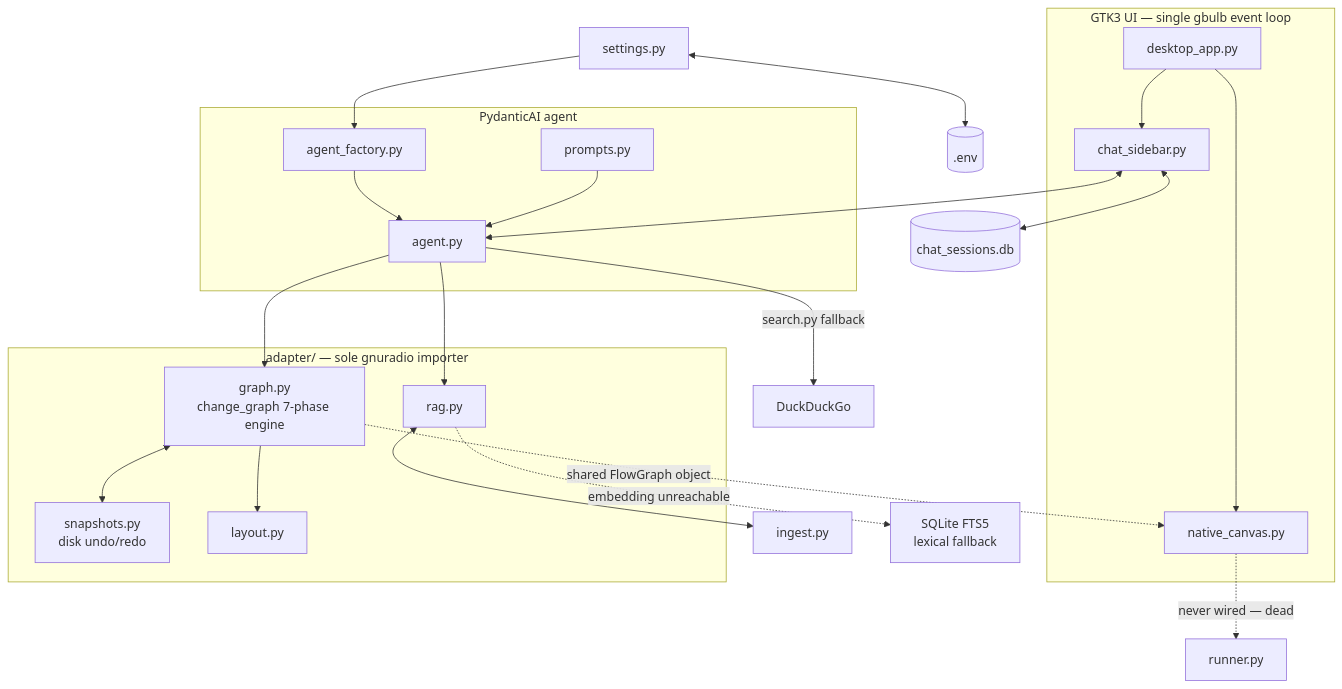
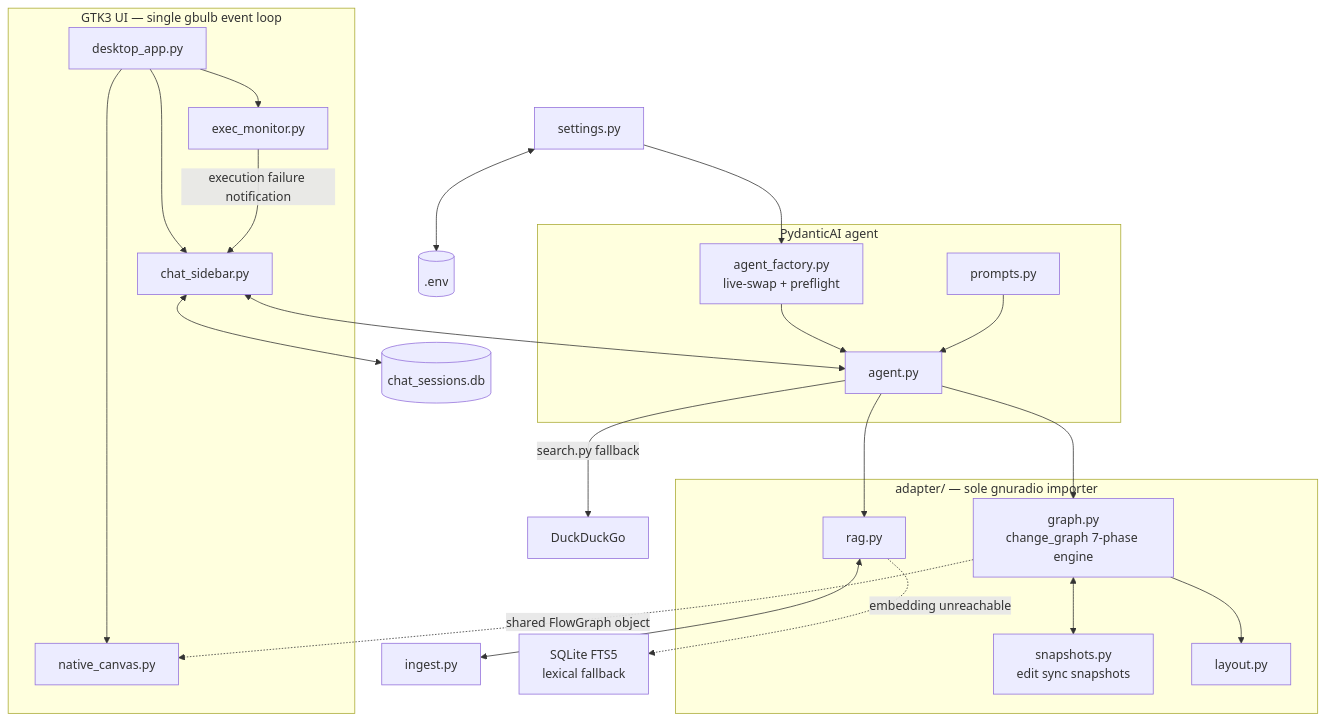
One commit to qoherent/GRC-Agent changed the diagram in README.md. Above: the diagram before and after it, drawn with Mermaid. The commit also changed other lines of this file and 45 other files, not shown here.

````diff
--- a/README.md
+++ b/README.md
@@ -27,36 +27,38 @@
 ```mermaid
 flowchart TB
   subgraph UI["GTK3 UI — single gbulb event loop"]
     DA["desktop_app.py"]
     CS["chat_sidebar.py"]
     NC["native_canvas.py"]
+    EM["exec_monitor.py"]
   end
   subgraph AGT["PydanticAI agent"]
-    AF["agent_factory.py"]
+    AF["agent_factory.py<br/>live-swap + preflight"]
     AG["agent.py"]
     PR["prompts.py"]
   end
   subgraph ADP["adapter/ — sole gnuradio importer"]
     GR["graph.py<br/>change_graph 7-phase engine"]
-    SN["snapshots.py<br/>disk undo/redo"]
+    SN["snapshots.py<br/>edit sync snapshots"]
     LY["layout.py"]
     RG["rag.py"]
   end
   ST["settings.py"] <--> ENV[(".env")]
   ST --> AF
   DA --> CS
   DA --> NC
+  DA --> EM
   CS <--> AG
+  CS <--> DB[("chat_sessions.db")]
   AF --> AG
   PR --> AG
   AG --> GR
   AG --> RG
   AG -->|"search.py fallback"| SR["DuckDuckGo"]
   RG <--> ING["ingest.py"]
   RG -.->|"embedding unreachable"| FTS["SQLite FTS5<br/>lexical fallback"]
   GR <--> SN
   GR --> LY
   GR -.->|"shared FlowGraph object"| NC
-  CS <--> DB[("chat_sessions.db")]
-  NC -.->|"never wired — dead"| RN["runner.py"]
+  EM -->|"execution failure notification"| CS
 ```
````
